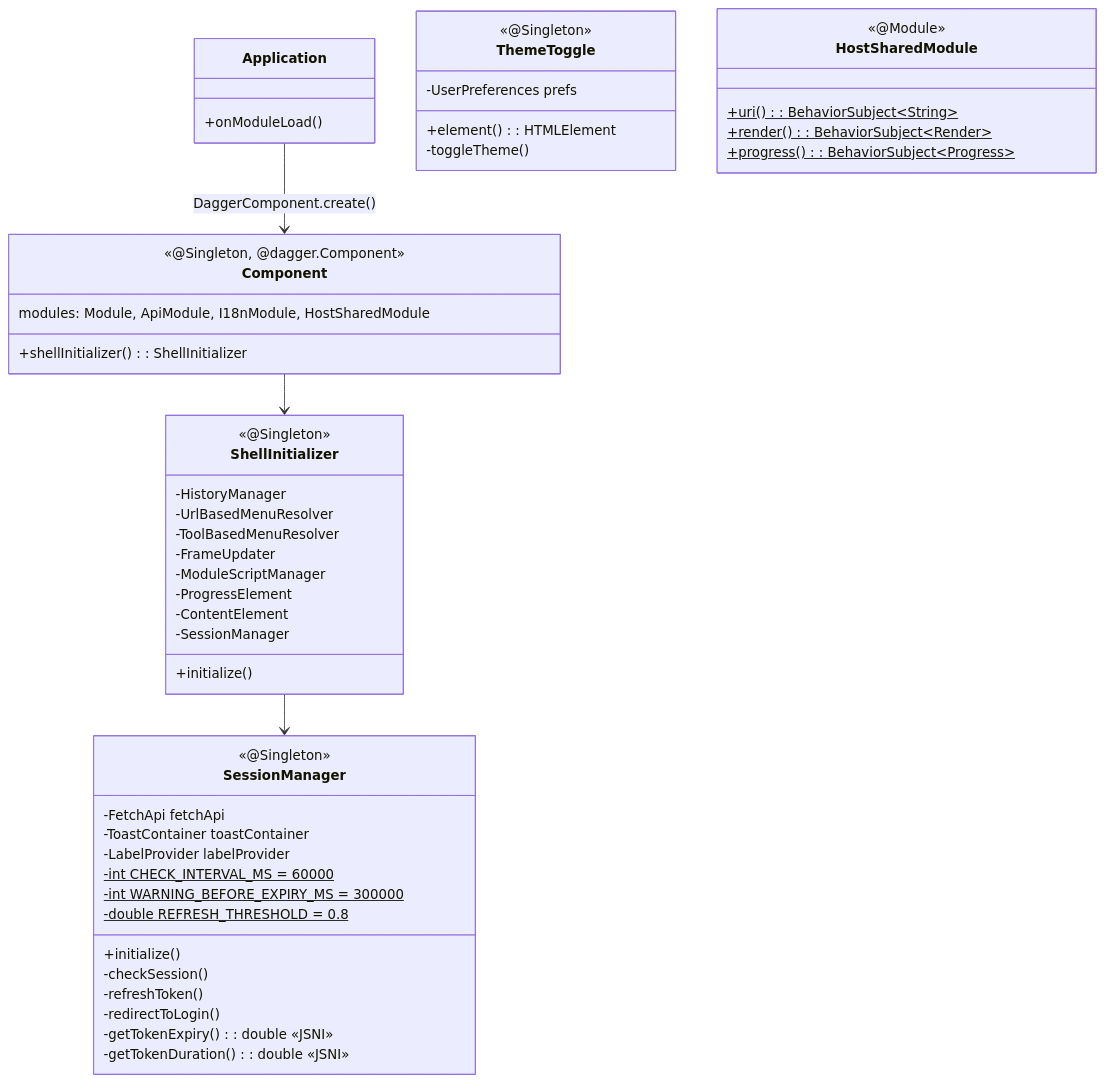
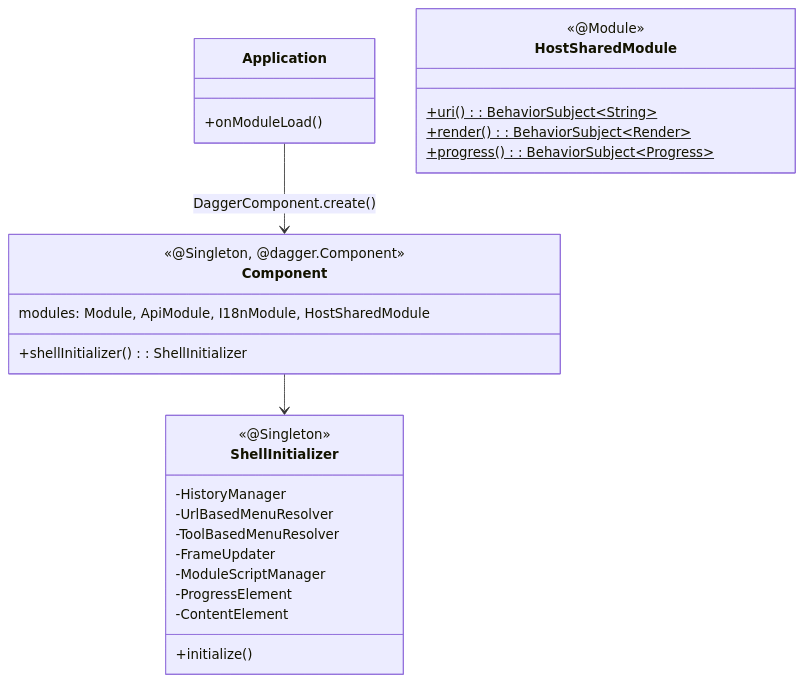
Before and after one commit to sayaya1090/handbook: the fifth of 6 diagrams in shell-ui/CLASS-DIAGRAM.md, drawn with Mermaid. The commit also changed 645 other files, not shown here.

````diff
--- a/shell-ui/CLASS-DIAGRAM.md
+++ b/shell-ui/CLASS-DIAGRAM.md
@@ -333,54 +333,31 @@
 ```mermaid
 classDiagram
     class Application {
         +onModuleLoad()
     }
     class Component {
         <<@Singleton, @dagger.Component>>
         modules: Module, ApiModule, I18nModule, HostSharedModule
         +shellInitializer(): ShellInitializer
     }
     class ShellInitializer {
         <<@Singleton>>
         -HistoryManager
         -UrlBasedMenuResolver
         -ToolBasedMenuResolver
         -FrameUpdater
         -ModuleScriptManager
         -ProgressElement
         -ContentElement
-        -SessionManager
         +initialize()
     }
-    class SessionManager {
-        <<@Singleton>>
-        -FetchApi fetchApi
-        -ToastContainer toastContainer
-        -LabelProvider labelProvider
-        -int CHECK_INTERVAL_MS = 60000$
-        -int WARNING_BEFORE_EXPIRY_MS = 300000$
-        -double REFRESH_THRESHOLD = 0.8$
-        +initialize()
-        -checkSession()
-        -refreshToken()
-        -redirectToLogin()
-        -getTokenExpiry(): double «JSNI»
-        -getTokenDuration(): double «JSNI»
-    }
-    class ThemeToggle {
-        <<@Singleton>>
-        -UserPreferences prefs
-        +element(): HTMLElement
-        -toggleTheme()
-    }
-    ShellInitializer --> SessionManager
     class HostSharedModule {
         <<@Module>>
         +uri(): BehaviorSubject~String~$
         +render(): BehaviorSubject~Render~$
         +progress(): BehaviorSubject~Progress~$
     }
 
     Application --> Component : DaggerComponent.create()
     Component --> ShellInitializer
 ```
````
